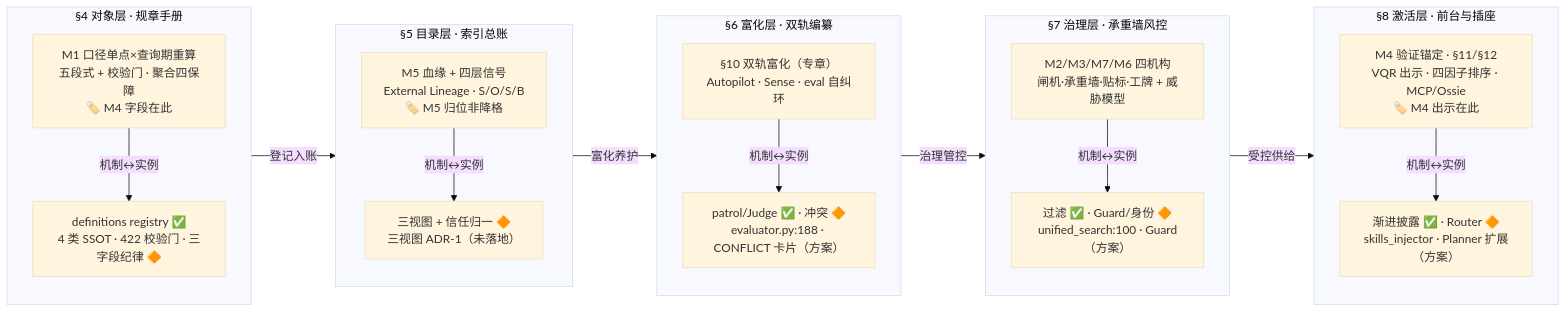
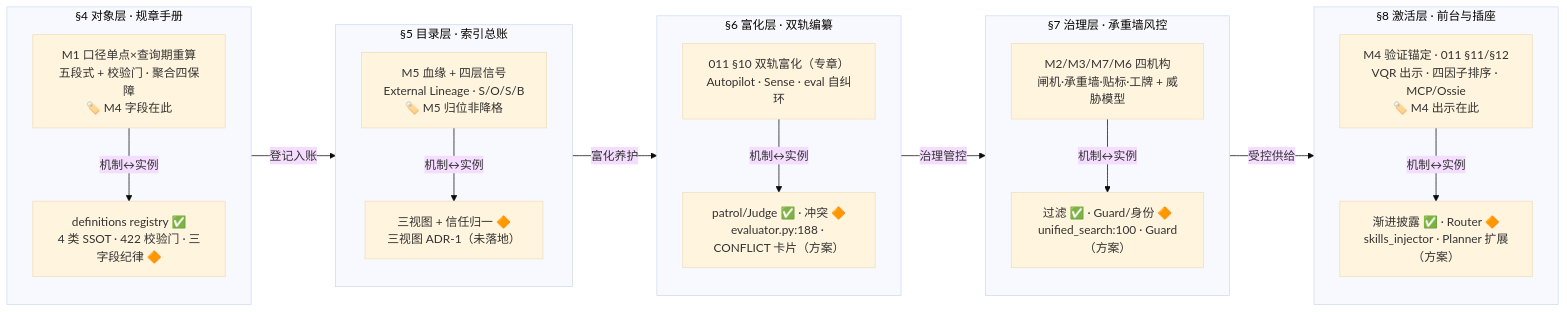
Before and after one commit to ThreeFish-AI/negentropy: the diagram in docs/assets/mermaid/cognitive-context/context-layer-blueprint--layer-mechanism-map.mmd, drawn with Mermaid (base theme). The commit also changed 3 other files, not shown here.

First line of the commit message:
docs(context-layer): 脊柱图 011 专章引用补前缀——两处裸章节号消歧并重新生成 archify 产物;

```diff
--- a/docs/assets/mermaid/cognitive-context/context-layer-blueprint--layer-mechanism-map.mmd
+++ b/docs/assets/mermaid/cognitive-context/context-layer-blueprint--layer-mechanism-map.mmd
@@ -1,39 +1,39 @@
 %%source: docs/research/cognitive-context/013-context-layer-blueprint.md §3.1 spine：层 × 机制 × 实例的总映射 (L184-L198, 五列横向生命周期)
 %%slug: cognitive-context/context-layer-blueprint--layer-mechanism-map
 %%type: architecture
 %%derived: archify architecture v1, authored fresh (五列×上下两排+生命周期链+映射边)
 flowchart LR
     subgraph OBJ["§4 对象层 · 规章手册"]
         direction TB
         OM["M1 口径单点×查询期重算<br/>五段式 + 校验门 · 聚合四保障<br/>🏷️ M4 字段在此"]
         OI["definitions registry ✅<br/>4 类 SSOT · 422 校验门 · 三字段纪律 🔶"]
         OM -->|机制↔实例| OI
     end
     subgraph CAT["§5 目录层 · 索引总账"]
         direction TB
         CM["M5 血缘 + 四层信号<br/>External Lineage · S/O/S/B<br/>🏷️ M5 归位非降格"]
         CI["三视图 + 信任归一 🔶<br/>三视图 ADR-1（未落地）"]
         CM -->|机制↔实例| CI
     end
     subgraph ENR["§6 富化层 · 双轨编纂"]
         direction TB
-        EM["§10 双轨富化（专章）<br/>Autopilot · Sense · eval 自纠环"]
+        EM["011 §10 双轨富化（专章）<br/>Autopilot · Sense · eval 自纠环"]
         EI["patrol/Judge ✅ · 冲突 🔶<br/>evaluator.py:188 · CONFLICT 卡片（方案）"]
         EM -->|机制↔实例| EI
     end
     subgraph GOV["§7 治理层 · 承重墙风控"]
         direction TB
         GM["M2/M3/M7/M6 四机构<br/>闸机·承重墙·贴标·工牌 + 威胁模型"]
         GI["过滤 ✅ · Guard/身份 🔶<br/>unified_search:100 · Guard（方案）"]
         GM -->|机制↔实例| GI
     end
     subgraph ACT["§8 激活层 · 前台与插座"]
         direction TB
-        AM["M4 验证锚定 · §11/§12<br/>VQR 出示 · 四因子排序 · MCP/Ossie<br/>🏷️ M4 出示在此"]
+        AM["M4 验证锚定 · 011 §11/§12<br/>VQR 出示 · 四因子排序 · MCP/Ossie<br/>🏷️ M4 出示在此"]
         AI["渐进披露 ✅ · Router 🔶<br/>skills_injector · Planner 扩展（方案）"]
         AM -->|机制↔实例| AI
     end
     OM -->|登记入账| CM
     CM -->|富化养护| EM
     EM -->|治理管控| GM
     GM -->|受控供给| AM
```
